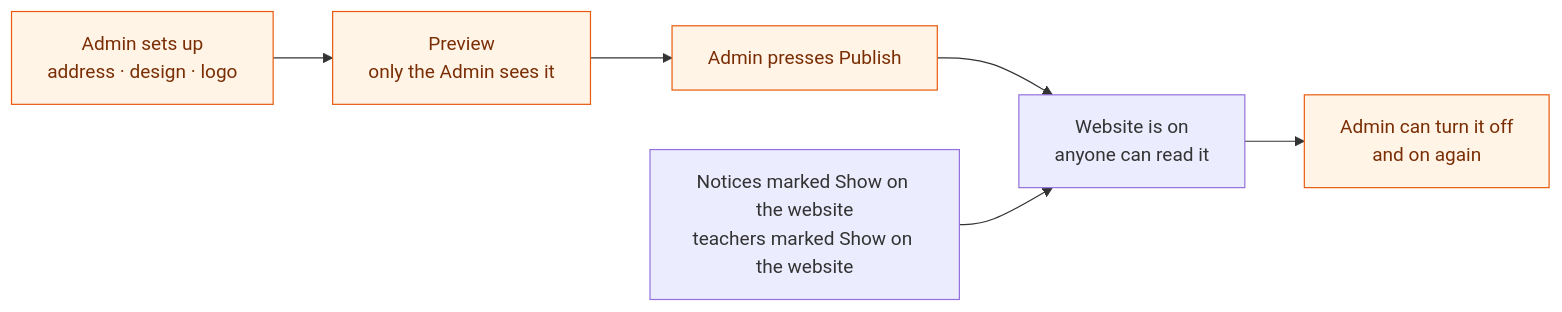
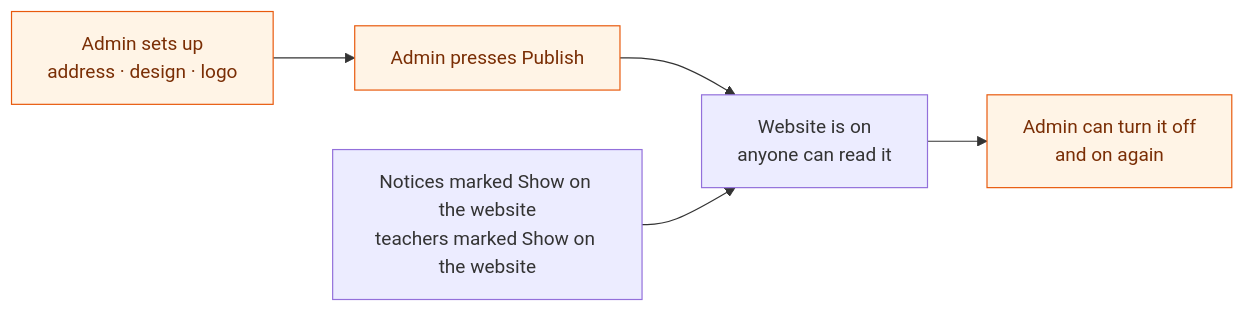
One commit to LBCron/biddaloy changed the diagram in docs/user-guide/_diagrams/administration-website-overview.en.mmd. Above: the diagram before and after it, drawn with Mermaid. The commit also changed 24 other files, not shown here.

Commit message:
fix(website): address CodeRabbit review on website admin tabs

```diff
--- a/docs/user-guide/_diagrams/administration-website-overview.en.mmd
+++ b/docs/user-guide/_diagrams/administration-website-overview.en.mmd
@@ -1,9 +1,8 @@
 %% title: How the school website goes live
 %% desc: The Admin sets up a web address, a design and a logo. The website stays private until the Admin presses Publish. After publishing, anyone can read it without logging in. Notices and teacher cards the Admin chose to show appear on it. The Admin can turn it off and on again.
 flowchart LR
-  S["Admin sets up<br/>address · design · logo"]:::admin --> P["Preview<br/>only the Admin sees it"]:::admin
-  P --> B["Admin presses Publish"]:::admin
+  S["Admin sets up<br/>address · design · logo"]:::admin --> B["Admin presses Publish"]:::admin
   B --> W["Website is on<br/>anyone can read it"]
   N["Notices marked Show on the website<br/>teachers marked Show on the website"] --> W
   W --> O["Admin can turn it off<br/>and on again"]:::admin
   classDef admin fill:#fff4e6,stroke:#e8590c,color:#7a2e05
```
